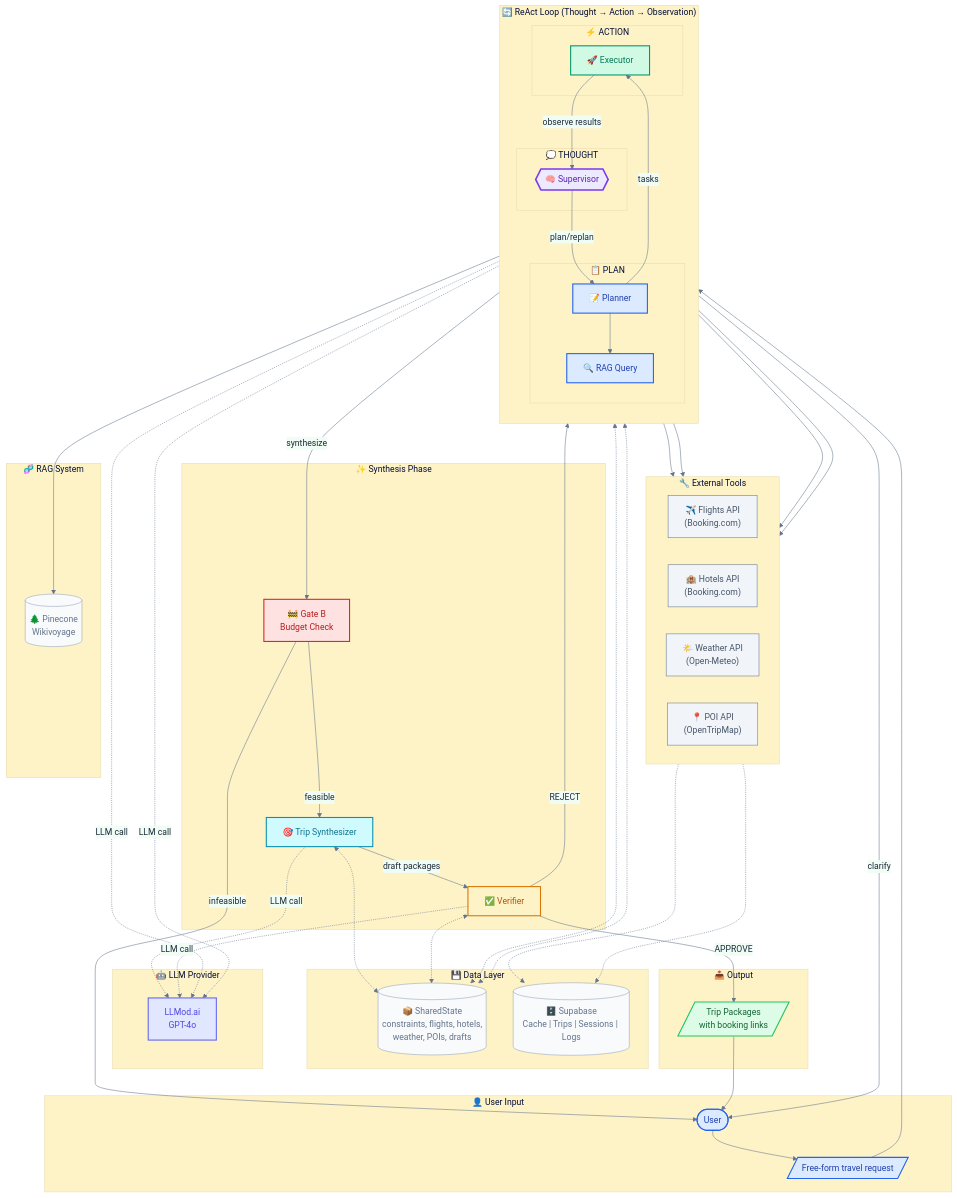
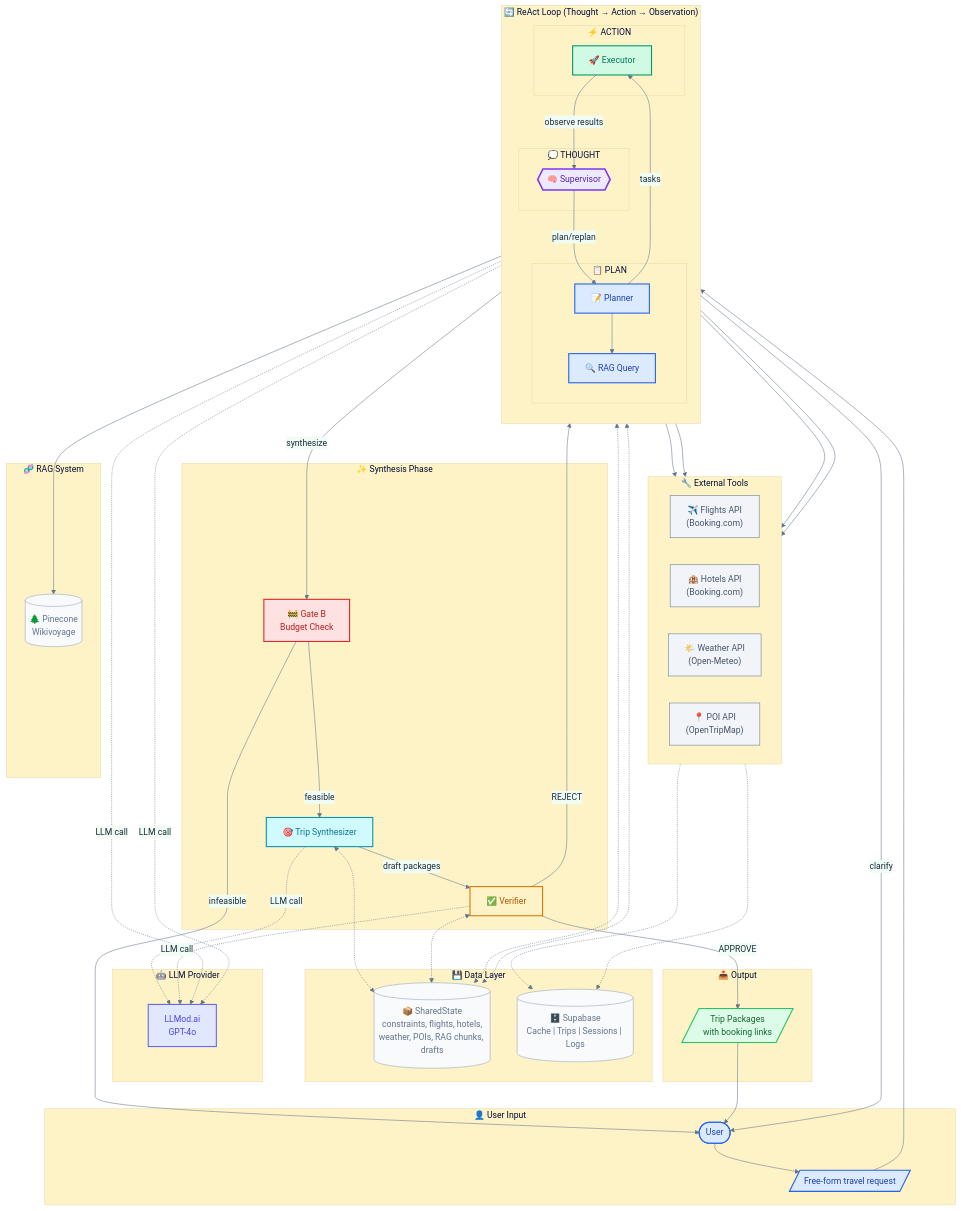
Before and after one commit to ofekfuchs/ai-travel-agent: the diagram in ARCHITECTURE.md, drawn with Mermaid. The commit also changed other lines of this file and 3 other files, not shown here.

First line of the commit message:
Architecture: clearer PNG layout, Supabase & RAG (Synthesizer) in docs

```diff
--- a/ARCHITECTURE.md
+++ b/ARCHITECTURE.md
@@ -53,7 +61,7 @@
     end
 
     subgraph Data_Layer["💾 Data Layer"]
-        SharedState[("📦 SharedState<br/>constraints, flights, hotels,<br/>weather, POIs, drafts")]
+        SharedState[("📦 SharedState<br/>constraints, flights, hotels,<br/>weather, POIs, RAG chunks, drafts")]
         Supabase[("🗄️ Supabase<br/>Cache | Trips | Sessions | Logs")]
     end
 
```
